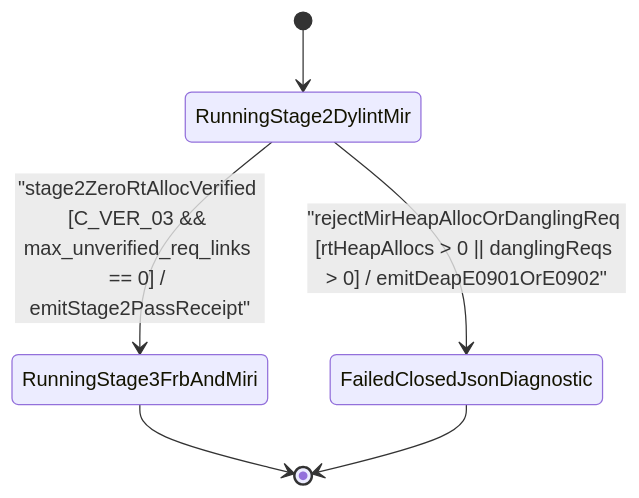
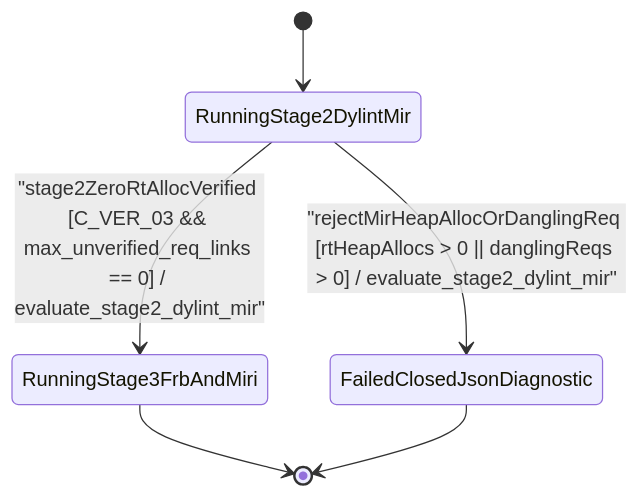
Before and after one commit to gintatkinson/DEAP01-spec-core: the second of 2 diagrams in .pipeline/upstream/docs/user-stories/US-61-evaluate_stage2_dylint_mir.md, drawn with Mermaid. The commit also changed other lines of this file and 88 other files, not shown here.

````diff
--- a/.pipeline/upstream/docs/user-stories/US-61-evaluate_stage2_dylint_mir.md
+++ b/.pipeline/upstream/docs/user-stories/US-61-evaluate_stage2_dylint_mir.md
@@ -60,8 +55,8 @@
 ```mermaid
 stateDiagram-v2
     [*] --> RunningStage2DylintMir
-    RunningStage2DylintMir --> RunningStage3FrbAndMiri : "stage2ZeroRtAllocVerified [C_VER_03 && max_unverified_req_links == 0] / emitStage2PassReceipt"
-    RunningStage2DylintMir --> FailedClosedJsonDiagnostic : "rejectMirHeapAllocOrDanglingReq [rtHeapAllocs > 0 || danglingReqs > 0] / emitDeapE0901OrE0902"
+    RunningStage2DylintMir --> RunningStage3FrbAndMiri : "stage2ZeroRtAllocVerified [C_VER_03 && max_unverified_req_links == 0] / evaluate_stage2_dylint_mir"
+    RunningStage2DylintMir --> FailedClosedJsonDiagnostic : "rejectMirHeapAllocOrDanglingReq [rtHeapAllocs > 0 || danglingReqs > 0] / evaluate_stage2_dylint_mir"
     RunningStage3FrbAndMiri --> [*]
     FailedClosedJsonDiagnostic --> [*]
 ```
````
